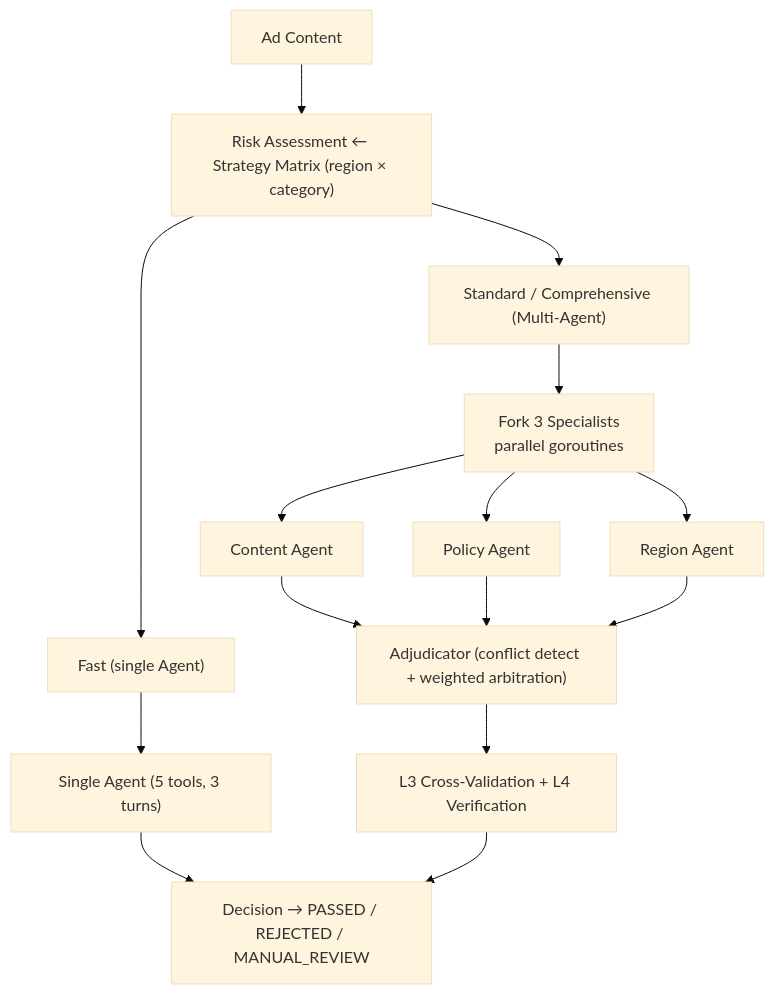
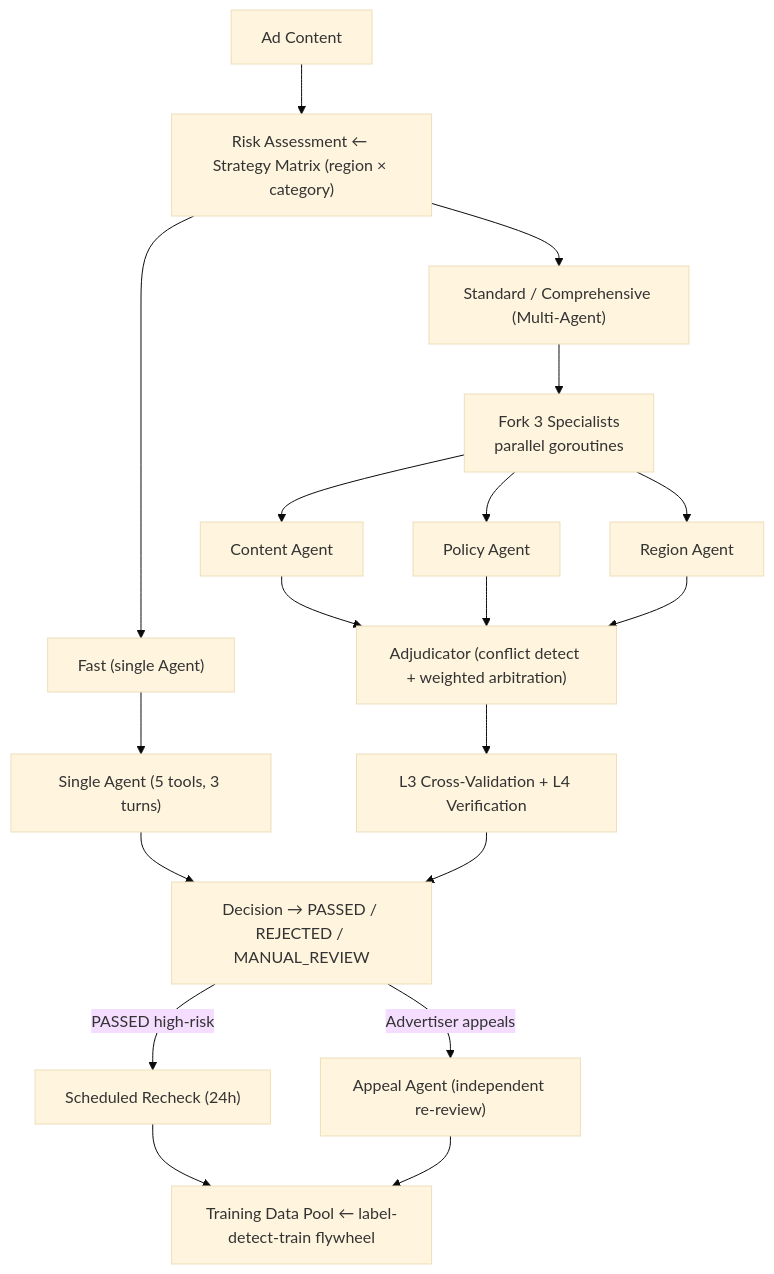
Before and after one commit to BillBeam/adguard-agent: the diagram in README.md, drawn with Mermaid (base theme). The commit also changed other lines of this file and 1 other file, not shown here.

````diff
--- a/README.md
+++ b/README.md
@@ -46,14 +64,17 @@
 ```mermaid
 flowchart TD
     A[Ad Content] --> B["Risk Assessment ← Strategy Matrix (region × category)"]
     B --> C["Fast (single Agent)"]
     B --> D["Standard / Comprehensive (Multi-Agent)"]
     C --> E["Single Agent (5 tools, 3 turns)"]
     D --> F["Fork 3 Specialists<br/>parallel goroutines"]
     F --> G[Content Agent]
     F --> H[Policy Agent]
     F --> I[Region Agent]
     G & H & I --> J["Adjudicator (conflict detect + weighted arbitration)"]
     J --> K["L3 Cross-Validation + L4 Verification"]
     E & K --> L["Decision → PASSED / REJECTED / MANUAL_REVIEW"]
+    L -->|"PASSED high-risk"| M["Scheduled Recheck (24h)"]
+    L -->|"Advertiser appeals"| N["Appeal Agent (independent re-review)"]
+    M & N --> O["Training Data Pool ← label-detect-train flywheel"]
 ```
````
